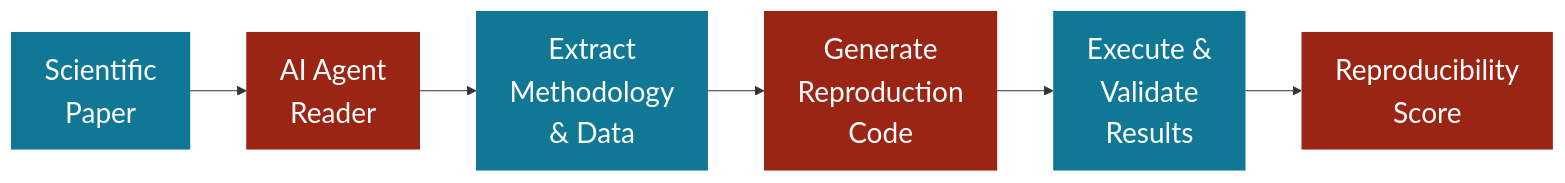
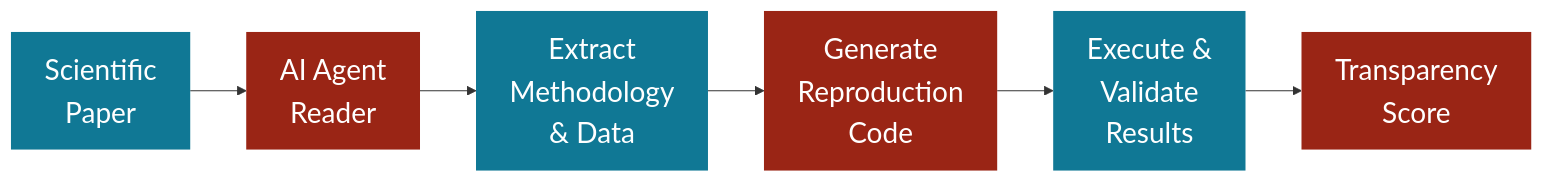
Before and after one commit to AndresLaverdeMarin/research_reproducibility: the second of 4 diagrams in slides/slides.qmd, drawn with Mermaid. The commit also changed other lines of this file, not shown here.

````diff
--- a/slides/slides.qmd
+++ b/slides/slides.qmd
@@ -150,16 +150,16 @@
 ```{mermaid}
 %%{init: {'theme': 'default', 'themeVariables': {'fontSize': '25px'}}}%%
 flowchart LR
     A["Scientific<br>Paper"] --> B["AI Agent<br>Reader"]
     B --> C["Extract<br>Methodology<br>& Data"]
     C --> D["Generate<br>Reproduction<br>Code"]
     D --> E["Execute &<br>Validate<br>Results"]
-    E --> F["Reproducibility<br>Score"]
+    E --> F["Transparency<br>Score"]
 
     style A fill:#107895,color:#fff,stroke:none
     style B fill:#9a2515,color:#fff,stroke:none
     style C fill:#107895,color:#fff,stroke:none
     style D fill:#9a2515,color:#fff,stroke:none
     style E fill:#107895,color:#fff,stroke:none
     style F fill:#9a2515,color:#fff,stroke:none
 ```
````
